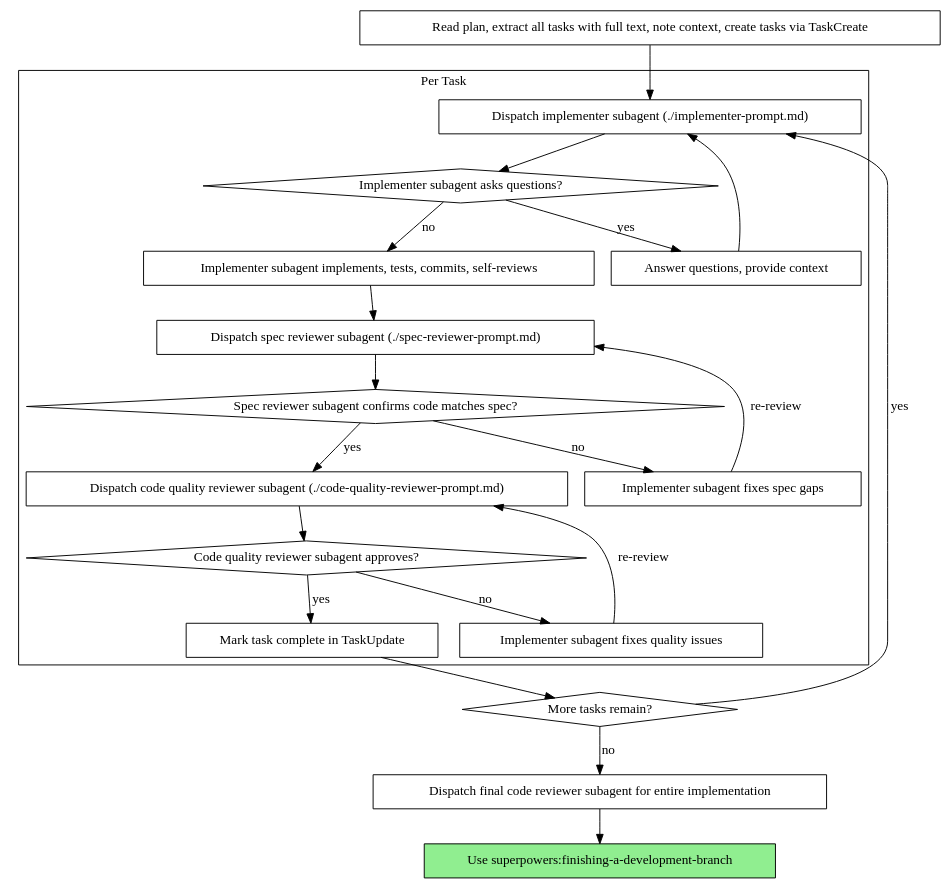
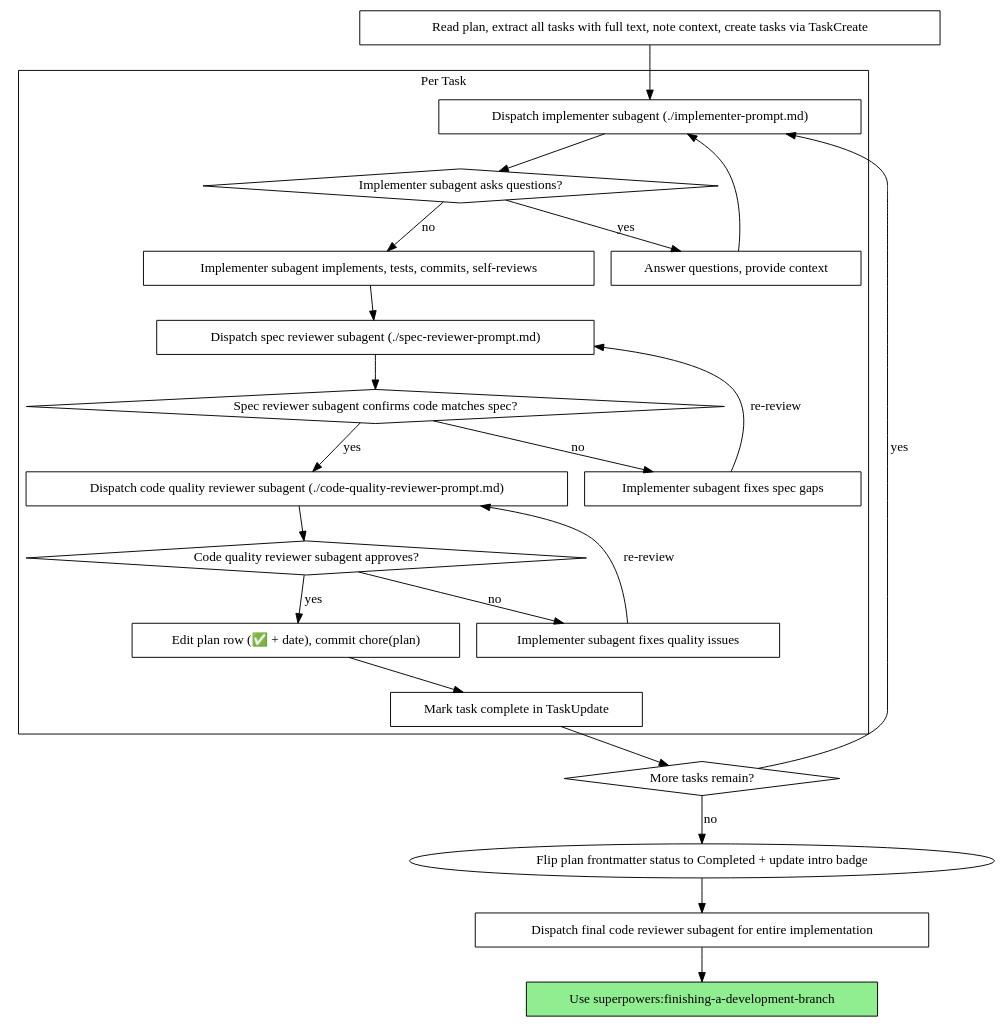
One commit to lonesloane/one-agent changed the second of 2 diagrams in .claude/skills/subagent-driven-development/SKILL.md. Above: the diagram before and after it, drawn with Graphviz. The commit also changed other lines of this file and 2 other files, not shown here.

````diff
--- a/.claude/skills/subagent-driven-development/SKILL.md
+++ b/.claude/skills/subagent-driven-development/SKILL.md
@@ -57,44 +57,47 @@
 ```dot
 digraph process {
     rankdir=TB;
 
     subgraph cluster_per_task {
         label="Per Task";
         "Dispatch implementer subagent (./implementer-prompt.md)" [shape=box];
         "Implementer subagent asks questions?" [shape=diamond];
         "Answer questions, provide context" [shape=box];
         "Implementer subagent implements, tests, commits, self-reviews" [shape=box];
         "Dispatch spec reviewer subagent (./spec-reviewer-prompt.md)" [shape=box];
         "Spec reviewer subagent confirms code matches spec?" [shape=diamond];
         "Implementer subagent fixes spec gaps" [shape=box];
         "Dispatch code quality reviewer subagent (./code-quality-reviewer-prompt.md)" [shape=box];
         "Code quality reviewer subagent approves?" [shape=diamond];
         "Implementer subagent fixes quality issues" [shape=box];
+        "Edit plan row (✅ + date), commit chore(plan)" [shape=box];
         "Mark task complete in TaskUpdate" [shape=box];
     }
 
     "Read plan, extract all tasks with full text, note context, create tasks via TaskCreate" [shape=box];
     "More tasks remain?" [shape=diamond];
     "Dispatch final code reviewer subagent for entire implementation" [shape=box];
     "Use superpowers:finishing-a-development-branch" [shape=box style=filled fillcolor=lightgreen];
 
     "Read plan, extract all tasks with full text, note context, create tasks via TaskCreate" -> "Dispatch implementer subagent (./implementer-prompt.md)";
     "Dispatch implementer subagent (./implementer-prompt.md)" -> "Implementer subagent asks questions?";
     "Implementer subagent asks questions?" -> "Answer questions, provide context" [label="yes"];
     "Answer questions, provide context" -> "Dispatch implementer subagent (./implementer-prompt.md)";
     "Implementer subagent asks questions?" -> "Implementer subagent implements, tests, commits, self-reviews" [label="no"];
     "Implementer subagent implements, tests, commits, self-reviews" -> "Dispatch spec reviewer subagent (./spec-reviewer-prompt.md)";
     "Dispatch spec reviewer subagent (./spec-reviewer-prompt.md)" -> "Spec reviewer subagent confirms code matches spec?";
     "Spec reviewer subagent confirms code matches spec?" -> "Implementer subagent fixes spec gaps" [label="no"];
     "Implementer subagent fixes spec gaps" -> "Dispatch spec reviewer subagent (./spec-reviewer-prompt.md)" [label="re-review"];
     "Spec reviewer subagent confirms code matches spec?" -> "Dispatch code quality reviewer subagent (./code-quality-reviewer-prompt.md)" [label="yes"];
     "Dispatch code quality reviewer subagent (./code-quality-reviewer-prompt.md)" -> "Code quality reviewer subagent approves?";
     "Code quality reviewer subagent approves?" -> "Implementer subagent fixes quality issues" [label="no"];
     "Implementer subagent fixes quality issues" -> "Dispatch code quality reviewer subagent (./code-quality-reviewer-prompt.md)" [label="re-review"];
-    "Code quality reviewer subagent approves?" -> "Mark task complete in TaskUpdate" [label="yes"];
+    "Code quality reviewer subagent approves?" -> "Edit plan row (✅ + date), commit chore(plan)" [label="yes"];
+    "Edit plan row (✅ + date), commit chore(plan)" -> "Mark task complete in TaskUpdate";
     "Mark task complete in TaskUpdate" -> "More tasks remain?";
     "More tasks remain?" -> "Dispatch implementer subagent (./implementer-prompt.md)" [label="yes"];
-    "More tasks remain?" -> "Dispatch final code reviewer subagent for entire implementation" [label="no"];
+    "More tasks remain?" -> "Flip plan frontmatter status to Completed + update intro badge" [label="no"];
+    "Flip plan frontmatter status to Completed + update intro badge" -> "Dispatch final code reviewer subagent for entire implementation";
     "Dispatch final code reviewer subagent for entire implementation" -> "Use superpowers:finishing-a-development-branch";
 }
 ```
````
